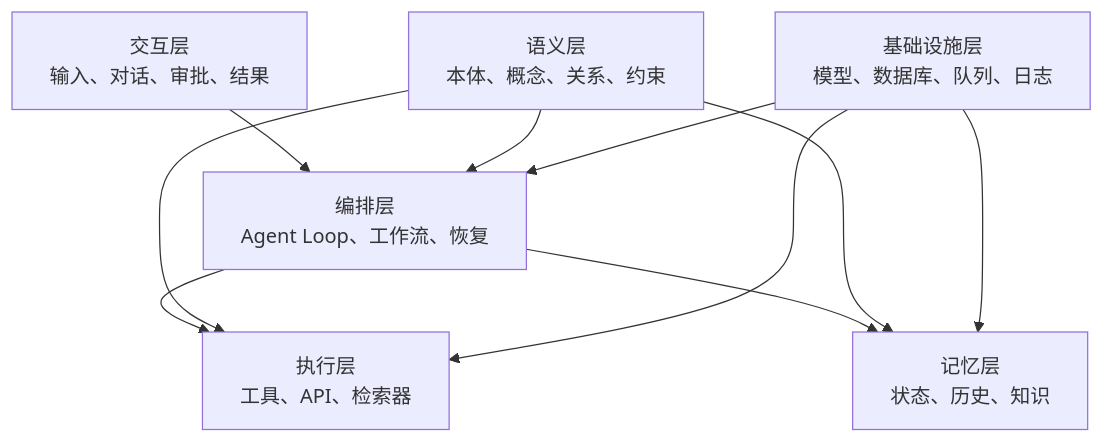
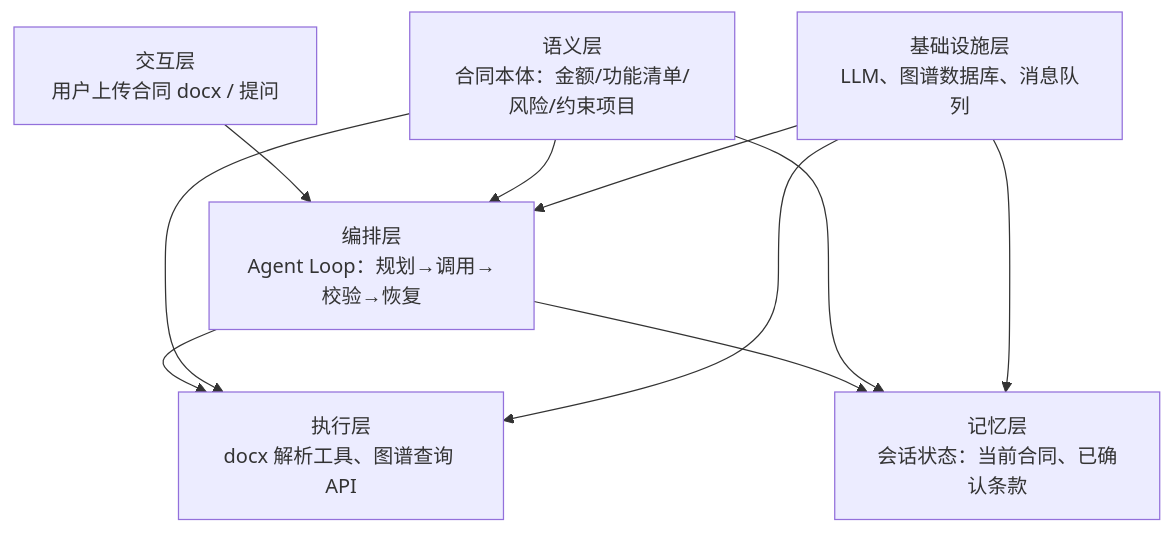
The second of 3 diagrams in 本体论-agent/01-概念基础/03.本体论在Agent架构中的位置.md (sealzrt/2026-08--agent), drawn with Mermaid before and after one commit. The commit also changed other lines of this file and 62 other files, not shown here.

````diff
--- a/本体论-agent/01-概念基础/03.本体论在Agent架构中的位置.md
+++ b/本体论-agent/01-概念基础/03.本体论在Agent架构中的位置.md
@@ -11,18 +34,18 @@
 ```mermaid
 flowchart TB
-    UI[交互层<br/>输入、对话、审批、结果]
-    W[编排层<br/>Agent Loop、工作流、恢复]
-    X[执行层<br/>工具、API、检索器]
-    M[记忆层<br/>状态、历史、知识]
-    O[语义层<br/>本体、概念、关系、约束]
-    I[基础设施层<br/>模型、数据库、队列、日志]
+    UI["交互层<br/>用户上传合同 docx / 提问"]
+    W["编排层<br/>Agent Loop：规划→调用→校验→恢复"]
+    X["执行层<br/>docx 解析工具、图谱查询 API"]
+    M["记忆层<br/>会话状态：当前合同、已确认条款"]
+    O["语义层<br/>合同本体：金额/功能清单/风险/约束项目"]
+    I["基础设施层<br/>LLM、图谱数据库、消息队列"]
     UI --> W
     W --> X
     W --> M
     O --> W
     O --> X
     O --> M
     I --> W
     I --> X
     I --> M
 ```
````
